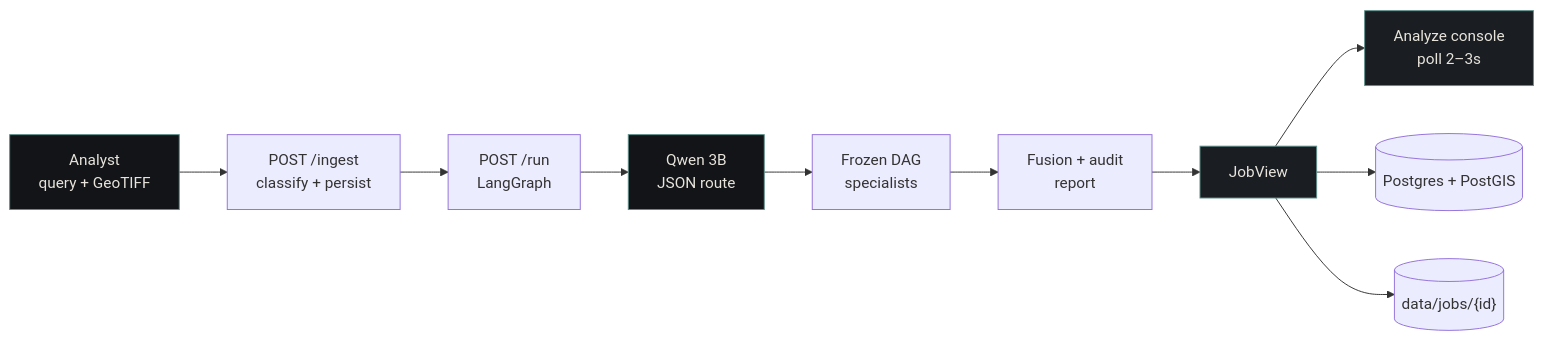
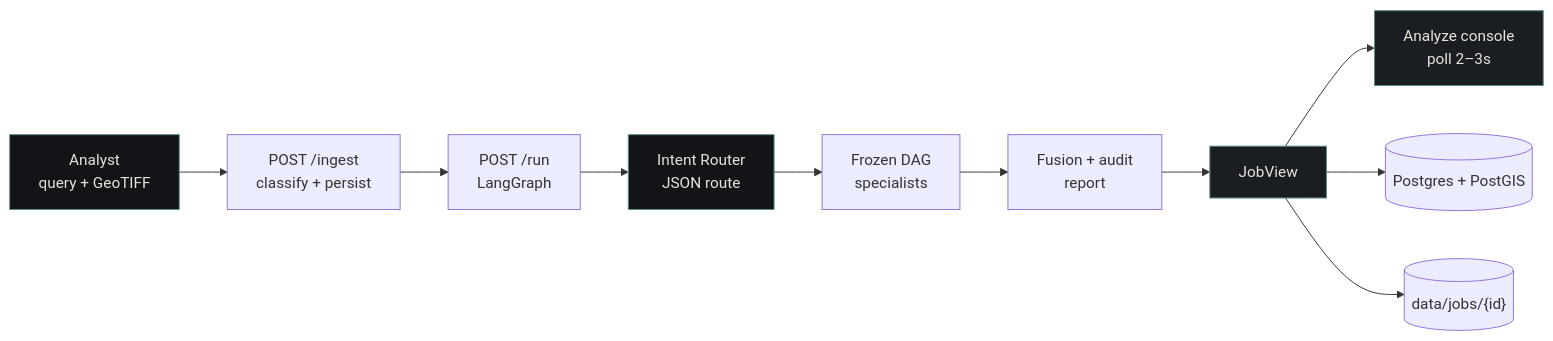
One commit to amulyagavankar20-glitch/SatQuery changed the first of 4 diagrams in README.md. Above: the diagram before and after it, drawn with Mermaid. The commit also changed other lines of this file and 66 other files, not shown here.

````diff
--- a/README.md
+++ b/README.md
@@ -103,17 +101,17 @@
 ```mermaid
 flowchart LR
   U["Analyst<br/>query + GeoTIFF"] --> I["POST /ingest<br/>classify + persist"]
   I --> R["POST /run<br/>LangGraph"]
-  R --> Q["Qwen 3B<br/>JSON route"]
+  R --> Q["Intent Router<br/>JSON route"]
   Q --> G["Frozen DAG<br/>specialists"]
   G --> F["Fusion + audit<br/>report"]
   F --> J["JobView"]
   J --> UI["Analyze console<br/>poll 2–3s"]
   J --> PG[("Postgres + PostGIS")]
   J --> D[("data/jobs/{id}")]
 
   style U fill:#121417,stroke:#5e8f8a,color:#e8e4dc
   style Q fill:#121417,stroke:#5e8f8a,color:#e8e4dc
   style J fill:#1a1e22,stroke:#5e8f8a,color:#e8e4dc
   style UI fill:#1a1e22,stroke:#5e8f8a,color:#e8e4dc
 ```
````
